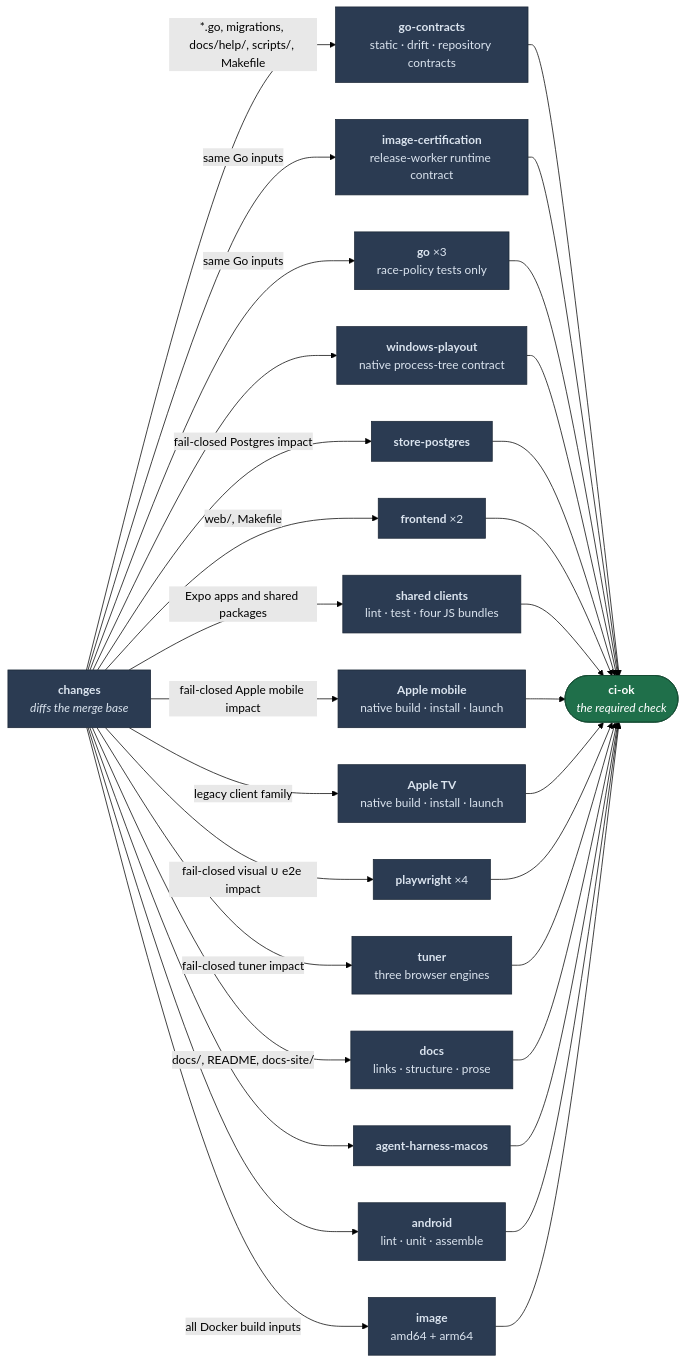
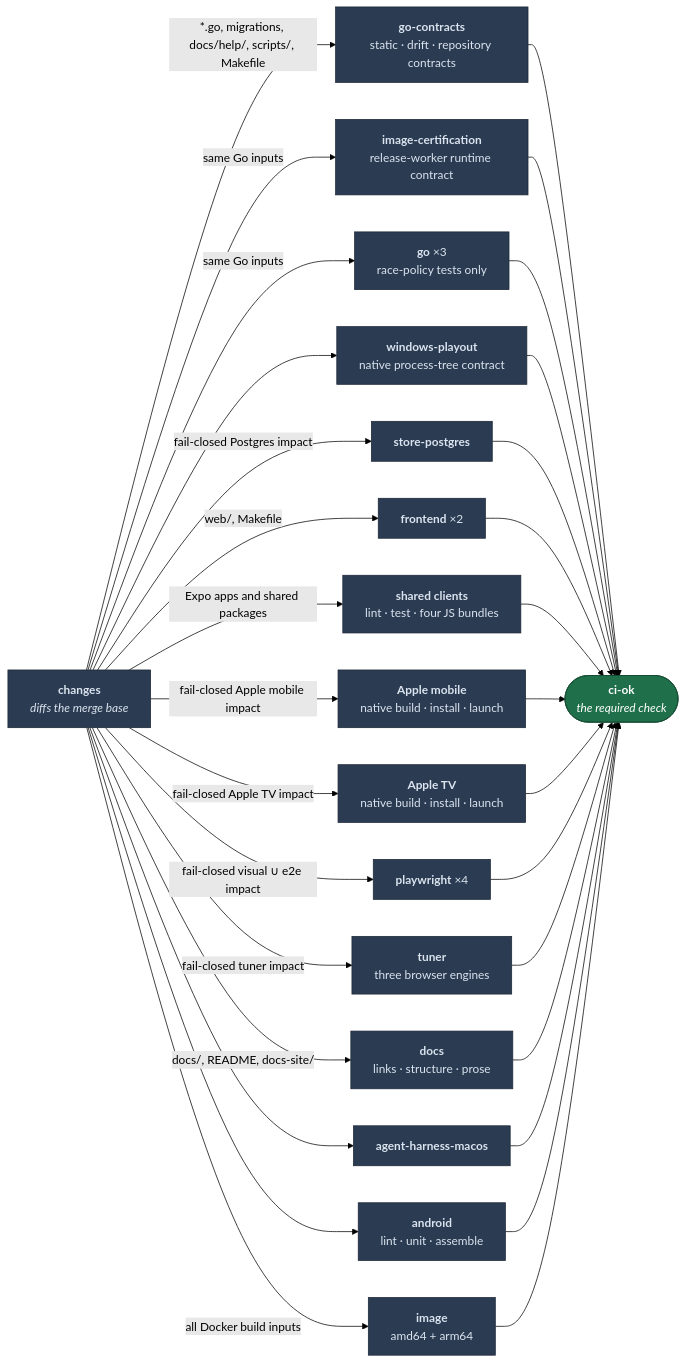
Before and after one commit to loomarr/loomarr: the diagram in docs/dev/ci.md, drawn with Mermaid (forest theme). The commit also changed other lines of this file and 6 other files, not shown here.

Commit message:
ci: activate Apple TV impact

````diff
--- a/docs/dev/ci.md
+++ b/docs/dev/ci.md
@@ -3,56 +3,56 @@
 ```mermaid
 graph LR
   C["<b>changes</b><br/><i>diffs the merge base</i>"]
   GC["<b>go-contracts</b><br/>static · drift · repository contracts"]
   RC["<b>image-certification</b><br/>release-worker runtime contract"]
   G["<b>go</b> ×3<br/>race-policy tests only"]
   X["<b>windows-playout</b><br/>native process-tree contract"]
   P["<b>store-postgres</b>"]
   F["<b>frontend</b> ×2"]
   CJS["<b>shared clients</b><br/>lint · test · four JS bundles"]
   AM["<b>Apple mobile</b><br/>native build · install · launch"]
   AT["<b>Apple TV</b><br/>native build · install · launch"]
   W["<b>playwright</b> ×4"]
   T["<b>tuner</b><br/>three browser engines"]
   D["<b>docs</b><br/>links · structure · prose"]
   A["<b>agent-harness-macos</b>"]
   N["<b>android</b><br/>lint · unit · assemble"]
   I["<b>image</b><br/>amd64 + arm64"]
   OK(["<b>ci-ok</b><br/><i>the required check</i>"])
 
   C -->|"*.go, migrations, docs/help/, scripts/, Makefile"| GC
   C -->|"same Go inputs"| G
   C -->|"same Go inputs"| RC
   C --> X
   C -->|"fail-closed Postgres impact"| P
   C -->|"web/, Makefile"| F
   C -->|"Expo apps and shared packages"| CJS
   C -->|"fail-closed Apple mobile impact"| AM
-  C -->|"legacy client family"| AT
+  C -->|"fail-closed Apple TV impact"| AT
   C -->|"fail-closed visual ∪ e2e impact"| W
   C -->|"fail-closed tuner impact"| T
   C -->|"docs/, README, docs-site/"| D
   C --> A
   C --> N
   C -->|"all Docker build inputs"| I
   GC --> OK
   RC --> OK
   G --> OK
   X --> OK
   P --> OK
   F --> OK
   CJS --> OK
   AM --> OK
   AT --> OK
   W --> OK
   T --> OK
   D --> OK
   A --> OK
   N --> OK
   I --> OK
 
   classDef gate fill:#1f6f4a,stroke:#134a31,color:#fff
   classDef job fill:#2b3b52,stroke:#1b2736,color:#dbe4ef
   class OK gate
   class C,GC,RC,G,X,P,F,CJS,AM,AT,W,T,D,A,N,I job
 ```
````
